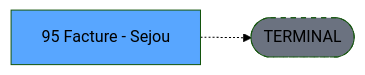
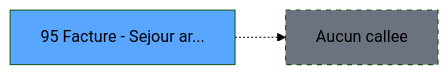
One commit to thonyAGP/magic-migration changed the third of 3 diagrams in .openspec/specs/ADH-IDE-95.md. Above: the diagram before and after it, drawn with Mermaid (forest theme). The commit also changed other lines of this file and 253 other files, not shown here.

````diff
--- a/.openspec/specs/ADH-IDE-95.md
+++ b/.openspec/specs/ADH-IDE-95.md
@@ -139,8 +313,8 @@
 ```mermaid
 graph LR
-    T[95 Facture - Sejou]
-    TERM([TERMINAL])
-    T -.-> TERM
-    style TERM fill:#6b7280,stroke-dasharray: 5 5
-    style T fill:#58a6ff,color:#000
+    T95[95 Facture - Sejour ar...]
+    style T95 fill:#58a6ff
+    NONE[Aucun callee]
+    T95 -.-> NONE
+    style NONE fill:#6b7280,stroke-dasharray: 5 5
 ```
````
